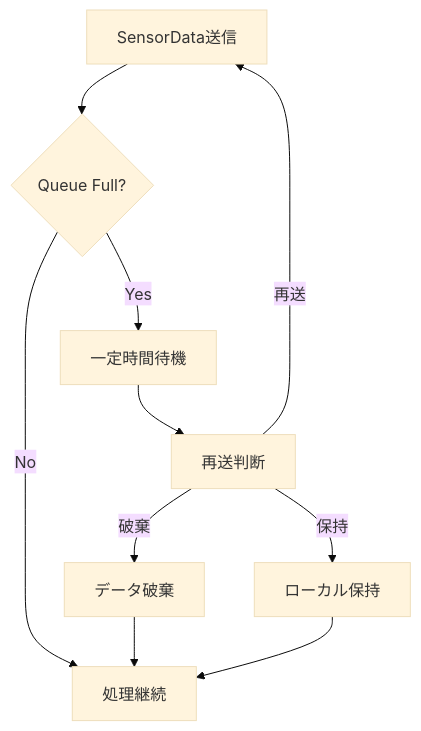
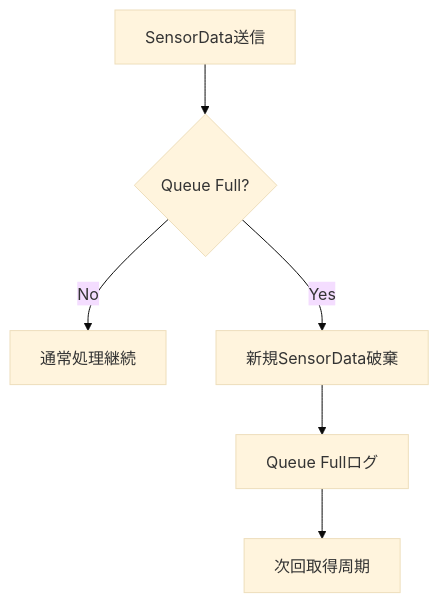
Before and after one commit to yujimasuda77777/Raspberry_Pi_4B_Edge_IoT_System: the tenth of 46 diagrams in docs/05_operation_recovery.md, drawn with Mermaid (base theme). The commit also changed other lines of this file and 1 other file, not shown here.

````diff
--- a/docs/05_operation_recovery.md
+++ b/docs/05_operation_recovery.md
@@ -539,23 +532,16 @@
 ```mermaid
 flowchart TD
     Send["SensorData送信"]
     Full{"Queue Full?"}
-    Wait["一定時間待機"]
-    Retry["再送判断"]
-    Discard["データ破棄"]
-    Store["ローカル保持"]
-    Continue["処理継続"]
+    Continue["通常処理継続"]
+    Discard["新規SensorData破棄"]
+    Log["Queue Fullログ"]
+    Next["次回取得周期"]
 
     Send --> Full
 
     Full -->|No| Continue
-    Full -->|Yes| Wait
-    Wait --> Retry
-
-    Retry -->|再送| Send
-    Retry -->|破棄| Discard
-    Retry -->|保持| Store
-
-    Discard --> Continue
-    Store --> Continue
+    Full -->|Yes| Discard
+    Discard --> Log
+    Log --> Next
 ```
````
